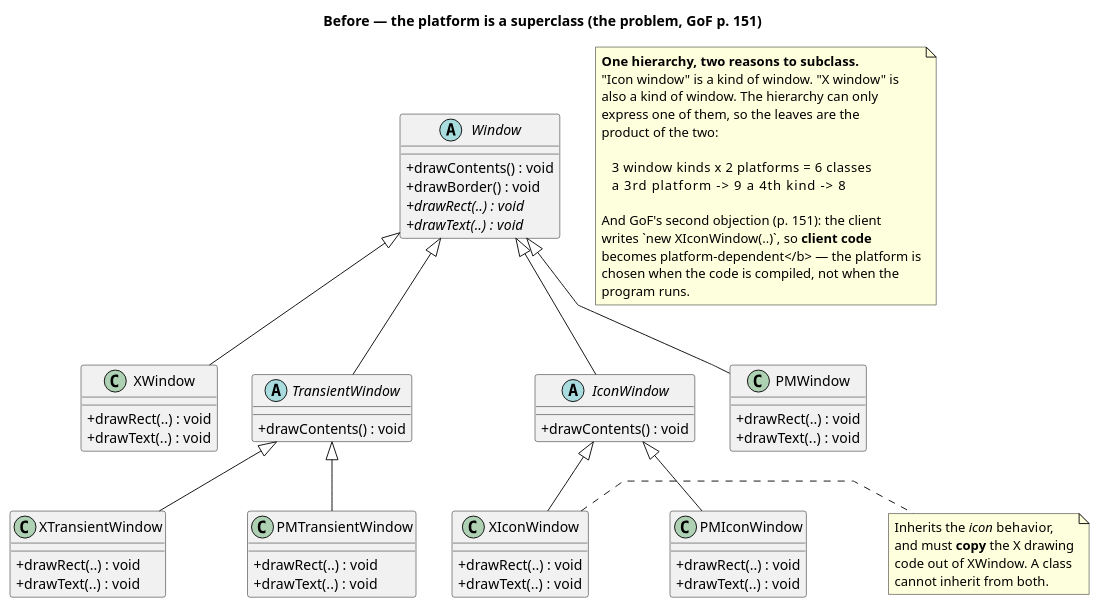
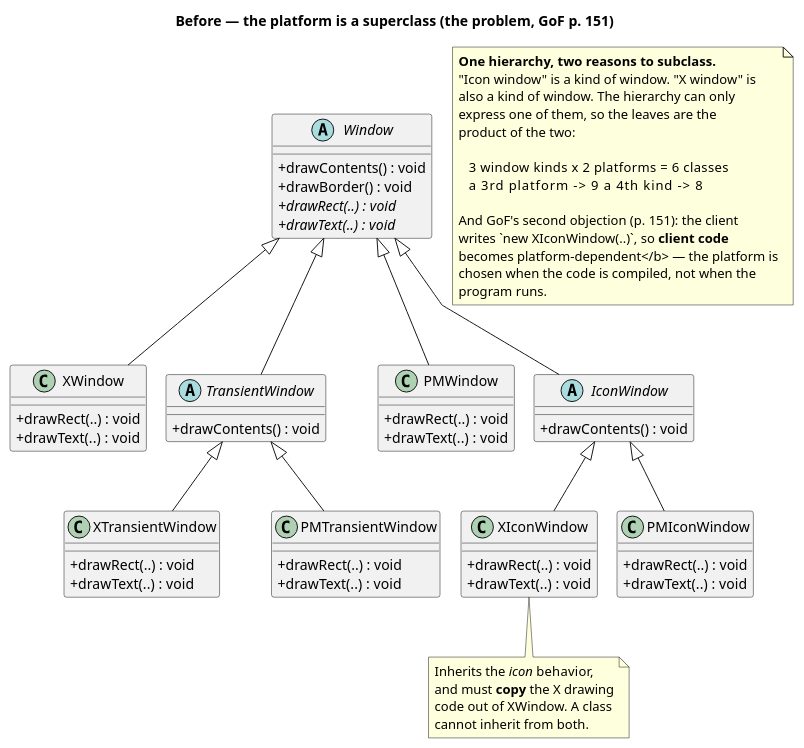
Before and after one commit to kaldiroglu/DesignPatternsWithJava: the diagram in src/main/java/dev/kaldiroglu/dp/structural/bridge/gof/problem/uml/Bridge - Window (Problem) - Class Diagram.puml, drawn with PlantUML. The commit also changed 54 other files, not shown here.

Commit message:
Diagrams: the last is-a families follow the layout rule; redrawn PNGs have a white background

```diff
--- a/src/main/java/dev/kaldiroglu/dp/structural/bridge/gof/problem/uml/Bridge - Window (Problem) - Class Diagram.puml
+++ b/src/main/java/dev/kaldiroglu/dp/structural/bridge/gof/problem/uml/Bridge - Window (Problem) - Class Diagram.puml
@@ -1,108 +1,100 @@
 @startuml "Bridge - Window (Problem) - Class Diagram"
+skinparam nodesep 20
 skinparam linetype polyline
 skinparam class {
   BackgroundColor<<spacer>> transparent
   BorderColor<<spacer>> transparent
   FontColor<<spacer>> transparent
 }
 hide <<spacer>> stereotype
 hide <<spacer>> circle
 skinparam classAttributeIconSize 0
 title Before — the platform is a superclass (the problem, GoF p. 151)
 
 
 abstract class Window {
   + drawContents() : void
   + drawBorder() : void
   + {abstract} drawRect(..) : void
   + {abstract} drawText(..) : void
 }
 
 class XWindow {
   + drawRect(..) : void
   + drawText(..) : void
 }
 class PMWindow {
   + drawRect(..) : void
   + drawText(..) : void
 }
 
 abstract class IconWindow {
   + drawContents() : void
 }
 class XIconWindow {
   + drawRect(..) : void
   + drawText(..) : void
 }
 class PMIconWindow {
   + drawRect(..) : void
   + drawText(..) : void
 }
 
 abstract class TransientWindow {
   + drawContents() : void
 }
 class XTransientWindow {
   + drawRect(..) : void
   + drawText(..) : void
 }
 class PMTransientWindow {
   + drawRect(..) : void
   + drawText(..) : void
 }
 
 Window <|-- TransientWindow
 Window <|-- IconWindow
 Window <|-- PMWindow
 Window <|-- XWindow
 IconWindow <|-- PMIconWindow
 IconWindow <|-- XIconWindow
 TransientWindow <|-- PMTransientWindow
 TransientWindow <|-- XTransientWindow
 
-note right of XIconWindow
+note bottom of XIconWindow
   Inherits the <i>icon</i> behavior,
   and must <b>copy</b> the X drawing
   code out of XWindow. A class
   cannot inherit from both.
 end note
 
 note as N1
   <b>One hierarchy, two reasons to subclass.</b>
   "Icon window" is a kind of window. "X window" is
   also a kind of window. The hierarchy can only
   express one of them, so the leaves are the
   product of the two:
 
      3 window kinds  x  2 platforms  =  6 classes
      a 3rd platform  ->  9        a 4th kind -> 8
 
   And GoF's second objection (p. 151): the client
   writes `new XIconWindow(..)`, so <b>client code
   becomes platform-dependent</b> — the platform is
   chosen when the code is compiled, not when the
   program runs.
 end note
-
 class " " as Spacer1 <<spacer>>
 Window -[hidden]- Spacer1
 Window -[hidden]- Spacer1
 XWindow -[hidden]right- TransientWindow
 TransientWindow -[hidden]right- Spacer1
-Spacer1 -[hidden]right- IconWindow
-IconWindow -[hidden]right- PMWindow
+Spacer1 -[hidden]right- PMWindow
+PMWindow -[hidden]right- IconWindow
 class " " as Spacer2 <<spacer>>
-IconWindow -[hidden]- Spacer2
-IconWindow -[hidden]- Spacer2
-XIconWindow -[hidden]right- Spacer2
-Spacer2 -[hidden]right- PMIconWindow
-class " " as Spacer3 <<spacer>>
-TransientWindow -[hidden]- Spacer3
-TransientWindow -[hidden]- Spacer3
-XTransientWindow -[hidden]right- Spacer3
-Spacer3 -[hidden]right- PMTransientWindow
-class " " as Spacer66 <<spacer>>
-IconWindow -[hidden]- Spacer66
-PMIconWindow -[hidden]right- Spacer66
-Spacer66 -[hidden]right- XIconWindow
+TransientWindow -[hidden]- Spacer2
+TransientWindow -[hidden]- Spacer2
+XTransientWindow -[hidden]right- Spacer2
+Spacer2 -[hidden]right- PMTransientWindow
+PMTransientWindow -[hidden]right- XIconWindow
 @enduml
```
